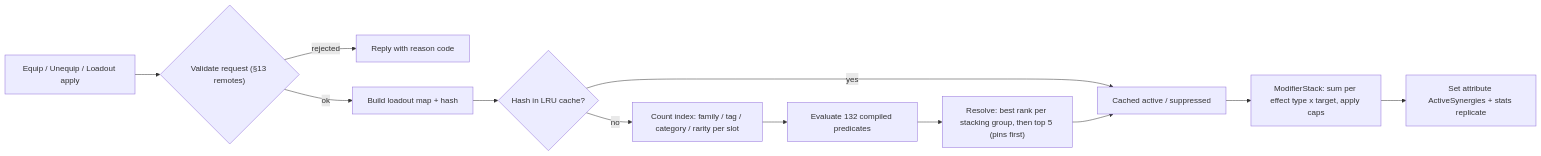
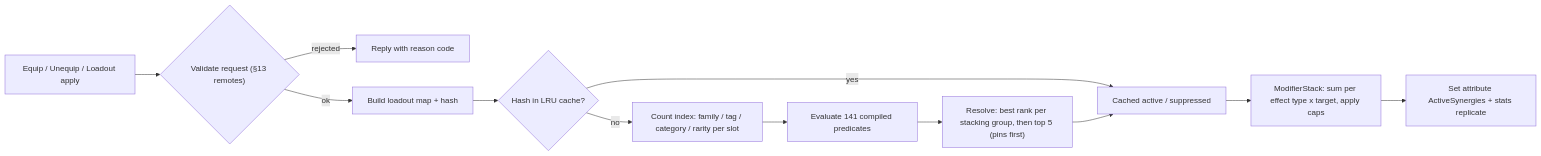
Before and after one commit to sol-singula/ra1: the diagram in gdd/sections/12b_combinations_synergies.md, drawn with Mermaid. The commit also changed other lines of this file and 28 other files, not shown here.

````diff
--- a/gdd/sections/12b_combinations_synergies.md
+++ b/gdd/sections/12b_combinations_synergies.md
@@ -287,15 +287,15 @@
 ```mermaid
 %% diagram: synergy-evaluation
 flowchart LR
   A["Equip / Unequip / Loadout apply"] --> B{"Validate request (§13 remotes)"}
   B -- rejected --> R["Reply with reason code"]
   B -- ok --> C["Build loadout map + hash"]
   C --> D{"Hash in LRU cache?"}
   D -- yes --> G["Cached active / suppressed"]
   D -- no --> E["Count index: family / tag / category / rarity per slot"]
-  E --> F["Evaluate 132 compiled predicates"]
+  E --> F["Evaluate 141 compiled predicates"]
   F --> H["Resolve: best rank per stacking group, then top 5 (pins first)"]
   H --> G
   G --> I["ModifierStack: sum per effect type x target, apply caps"]
   I --> J["Set attribute ActiveSynergies + stats replicate"]
 ```
````
